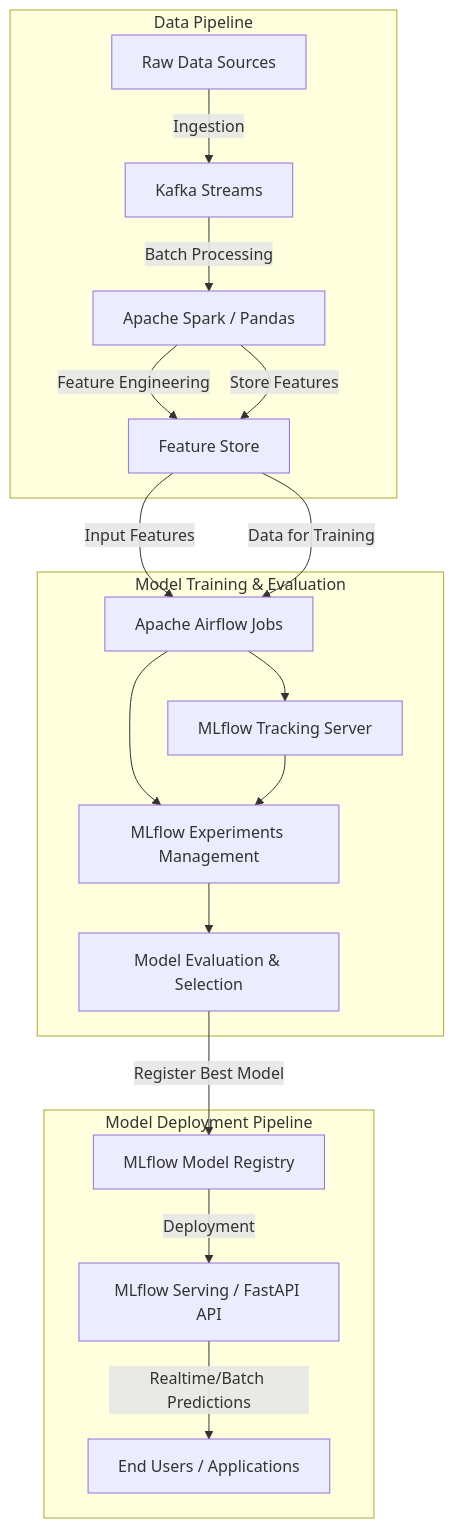
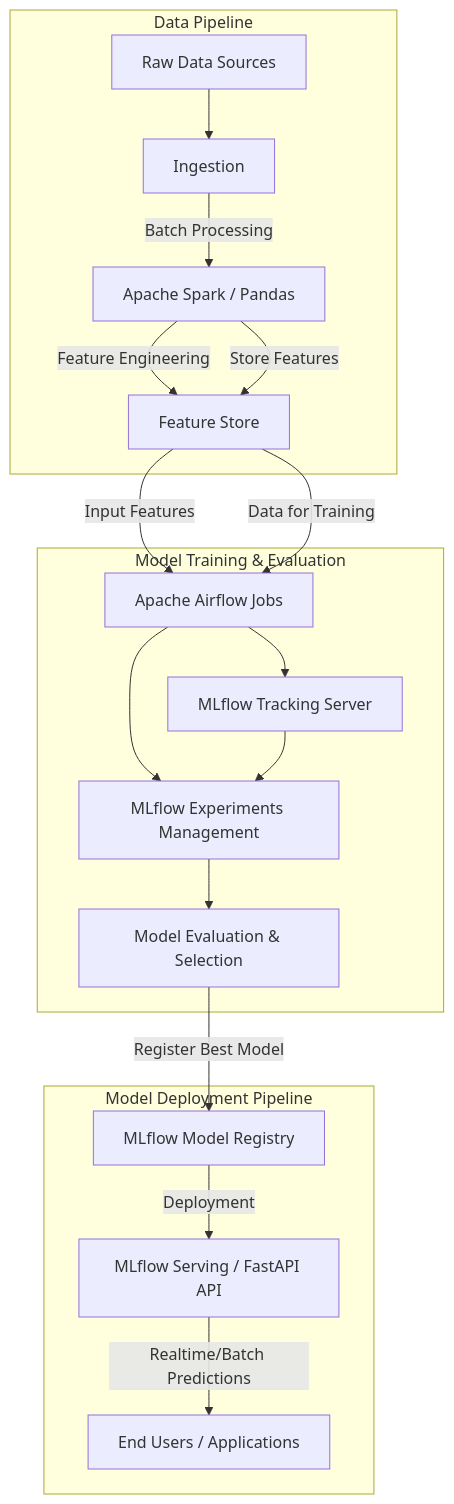
Before and after one commit to kihiu-ho/ReservationCancellationForecasting: the second of 3 diagrams in README.md, drawn with Mermaid. The commit also changed 2 other files, not shown here.

Commit message:
Amend Readme

````diff
--- a/README.md
+++ b/README.md
@@ -92,26 +92,26 @@
 ```mermaid
 graph TD
 	subgraph Data Pipeline
-		A[Raw Data Sources] -->|Ingestion| B[Kafka Streams]
+		A[Raw Data Sources] -->B[Ingestion] 
 		B -->|Batch Processing| C[Apache Spark / Pandas]
 		C -->|Feature Engineering| D[Feature Store]
 	end
 
 subgraph Model Training & Evaluation
 D[Feature Store] -->|Input Features| E[Apache Airflow Jobs]
 E --> F[MLflow Tracking Server]
 E --> G[MLflow Experiments Management]
 F --> G
 G --> H[Model Evaluation & Selection]
 end
 
 subgraph Model Deployment Pipeline
 H -->|Register Best Model| I[MLflow Model Registry]
 I -->|Deployment| J[MLflow Serving / FastAPI API]
 J -->|Realtime/Batch Predictions| K[End Users / Applications]
 end
 
 %% Cross-subgraph Connections
 C -->|Store Features| D[Feature Store e.g., MinIO/Feast]
 D[Feature Store] -->|Data for Training| E
 ```
````
